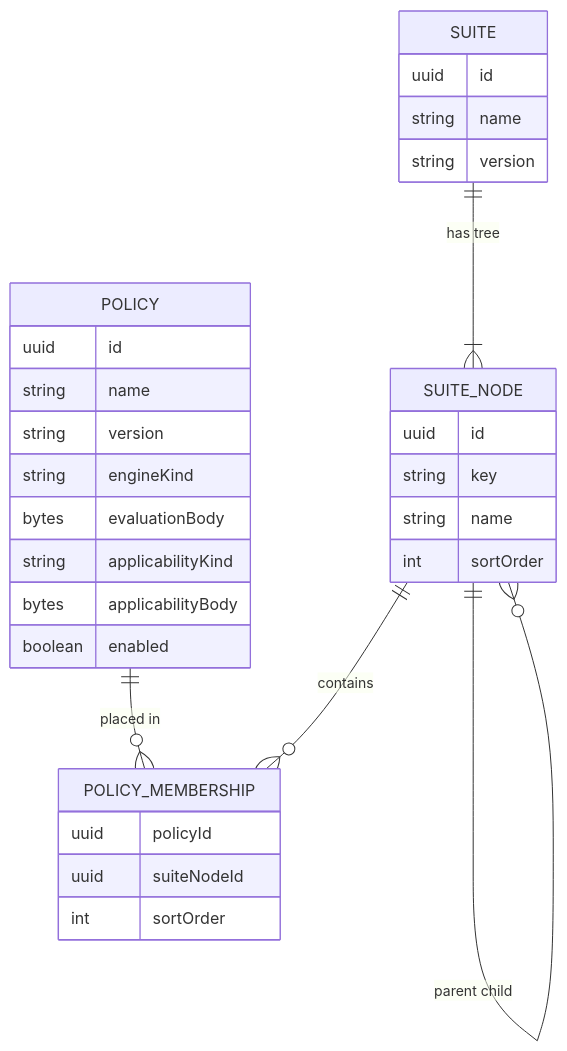
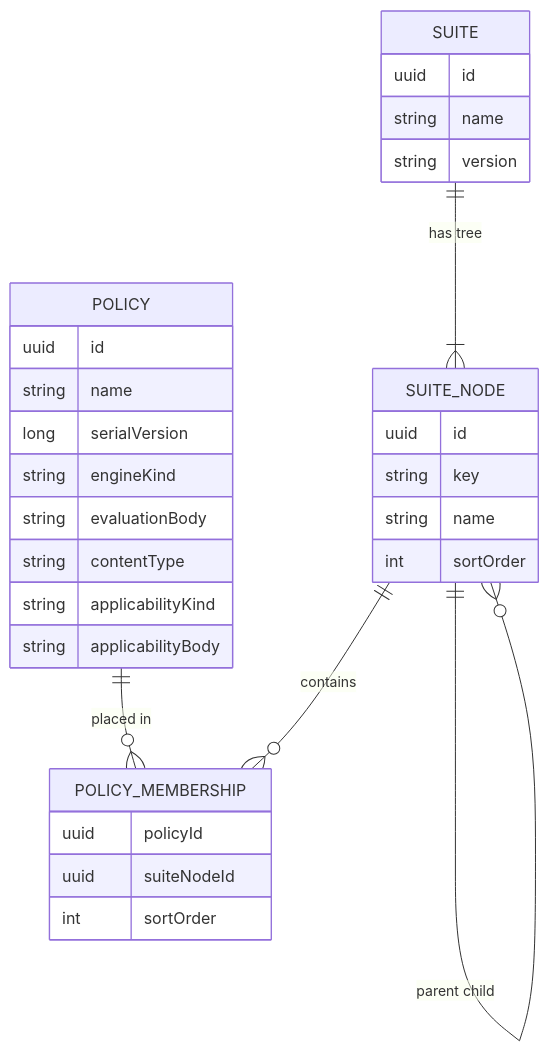
Before and after one commit to qpointz/objs: the fifth of 20 diagrams in docs/design/policy/overview.md, drawn with Mermaid. The commit also changed other lines of this file and 20 other files, not shown here.

````diff
--- a/docs/design/policy/overview.md
+++ b/docs/design/policy/overview.md
@@ -163,33 +199,33 @@
 ```mermaid
 erDiagram
   POLICY ||--o{ POLICY_MEMBERSHIP : "placed in"
   SUITE_NODE ||--o{ POLICY_MEMBERSHIP : "contains"
   SUITE ||--|{ SUITE_NODE : "has tree"
   SUITE_NODE ||--o{ SUITE_NODE : "parent child"
   POLICY {
     uuid id
     string name
-    string version
+    long serialVersion
     string engineKind
-    bytes evaluationBody
+    string evaluationBody
+    string contentType
     string applicabilityKind
-    bytes applicabilityBody
-    boolean enabled
+    string applicabilityBody
   }
   SUITE {
     uuid id
     string name
     string version
   }
   SUITE_NODE {
     uuid id
     string key
     string name
     int sortOrder
   }
   POLICY_MEMBERSHIP {
     uuid policyId
     uuid suiteNodeId
     int sortOrder
   }
 ```
````
